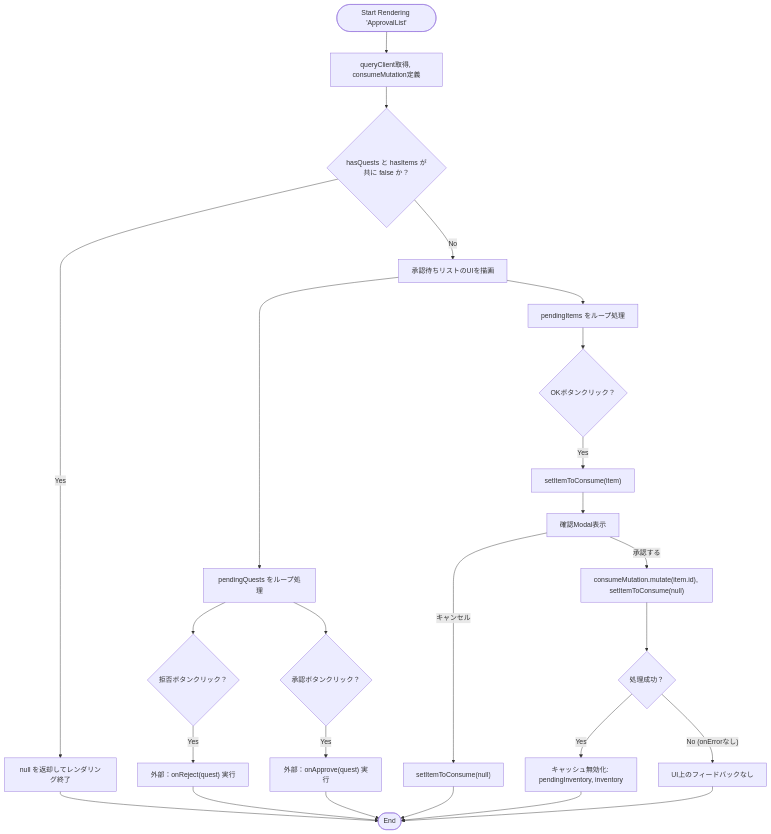
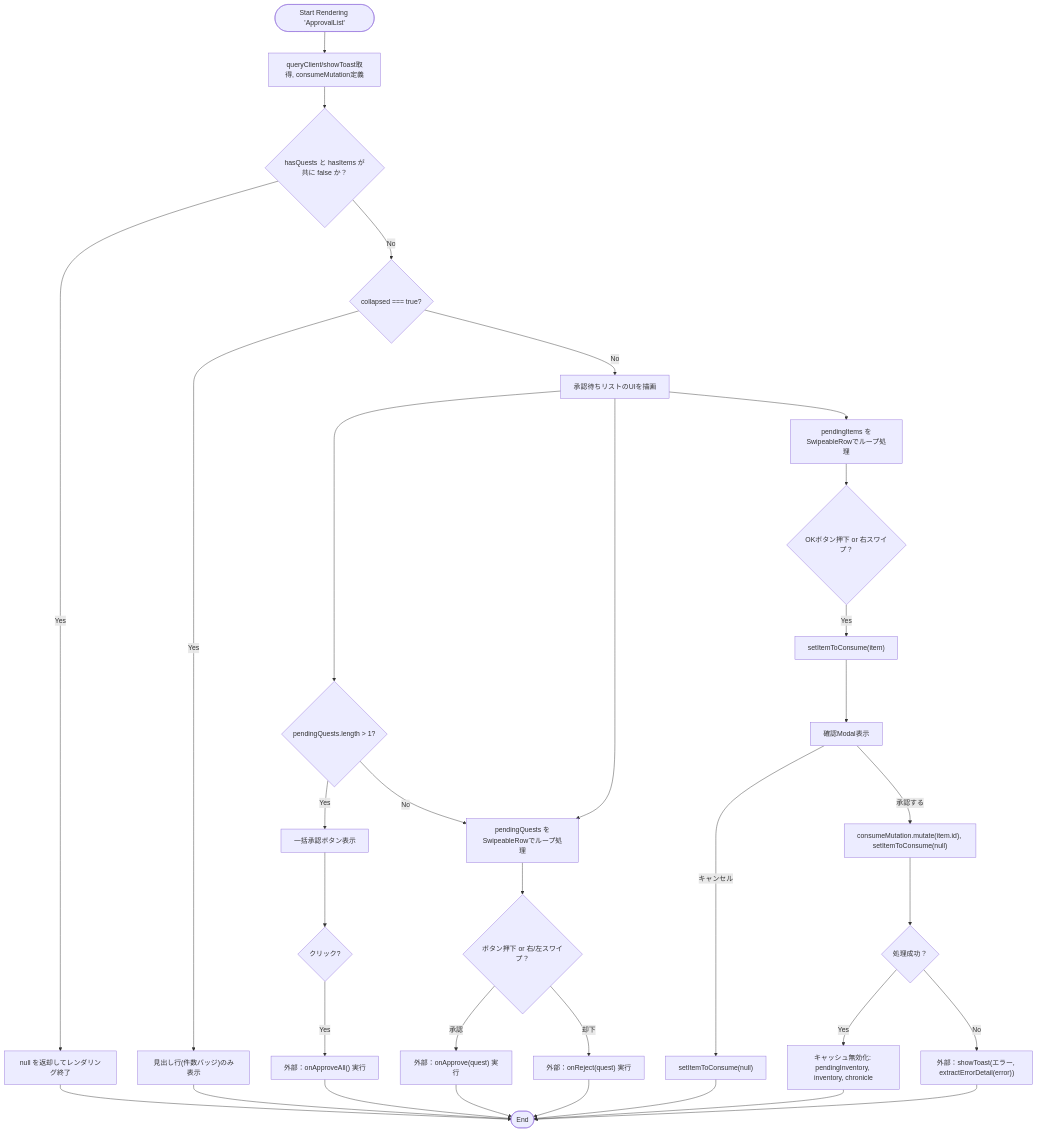
One commit to mmtigers/my_python_project changed the first of 2 diagrams in docs/specifications/family-quest/src/features/quest/components/ApprovalList.md. Above: the diagram before and after it, drawn with Mermaid. The commit also changed other lines of this file and 6 other files, not shown here.

````diff
--- a/docs/specifications/family-quest/src/features/quest/components/ApprovalList.md
+++ b/docs/specifications/family-quest/src/features/quest/components/ApprovalList.md
@@ -102,26 +135,32 @@
 ```mermaid
 flowchart TD
-    Start(["Start Rendering 'ApprovalList'"]) --> Init["queryClient取得, consumeMutation定義"]
+    Start(["Start Rendering 'ApprovalList'"]) --> Init["queryClient/showToast取得, consumeMutation定義"]
     Init --> CheckEmpty{"hasQuests と hasItems が共に false か？"}
 
     CheckEmpty -->|"Yes"| ReturnNull["null を返却してレンダリング終了"] --> End(["End"])
-    CheckEmpty -->|"No"| RenderUI["承認待ちリストのUIを描画"]
+    CheckEmpty -->|"No"| ToggleCheck{"collapsed === true?"}
+    ToggleCheck -->|"Yes"| HeaderOnly["見出し行(件数バッジ)のみ表示"] --> End
+    ToggleCheck -->|"No"| RenderUI["承認待ちリストのUIを描画"]
 
-    RenderUI --> QuestList["pendingQuests をループ処理"]
-    QuestList --> QuestReject{"拒否ボタンクリック？"}
-    QuestReject -->|"Yes"| CallOnReject["外部：onReject(quest) 実行"] --> End
-    QuestList --> QuestApprove{"承認ボタンクリック？"}
-    QuestApprove -->|"Yes"| CallOnApprove["外部：onApprove(quest) 実行"] --> End
+    RenderUI --> CheckMulti{"pendingQuests.length > 1?"}
+    CheckMulti -- Yes --> ApproveAllBtn["一括承認ボタン表示"]
+    ApproveAllBtn --> ApproveAllClick{"クリック?"}
+    ApproveAllClick -- Yes --> CallOnApproveAll["外部：onApproveAll() 実行"] --> End
+    CheckMulti -- No --> QuestList
 
-    RenderUI --> ItemList["pendingItems をループ処理"]
-    ItemList --> ItemOK{"OKボタンクリック？"}
-    ItemOK -->|"Yes"| SetItemToConsume["setItemToConsume(item)"]
+    RenderUI --> QuestList["pendingQuests をSwipeableRowでループ処理"]
+    QuestList --> QuestGesture{"ボタン押下 or 右/左スワイプ？"}
+    QuestGesture -- 承認 --> CallOnApprove["外部：onApprove(quest) 実行"] --> End
+    QuestGesture -- 却下 --> CallOnReject["外部：onReject(quest) 実行"] --> End
+
+    RenderUI --> ItemList["pendingItems をSwipeableRowでループ処理"]
+    ItemList --> ItemGesture{"OKボタン押下 or 右スワイプ？"}
+    ItemGesture -->|"Yes"| SetItemToConsume["setItemToConsume(item)"]
     SetItemToConsume --> ConfirmModal["確認Modal表示"]
     ConfirmModal -->|"承認する"| MutateItem["consumeMutation.mutate(item.id), setItemToConsume(null)"]
     ConfirmModal -->|"キャンセル"| CloseModal["setItemToConsume(null)"] --> End
 
     MutateItem --> MutateSuccess{"処理成功？"}
-    MutateSuccess -->|"Yes"| InvalidateQueries["キャッシュ無効化: pendingInventory, inventory"] --> End
-    MutateSuccess -->|"No (onErrorなし)"| NoFeedback["UI上のフィードバックなし"] --> End
-
+    MutateSuccess -->|"Yes"| InvalidateQueries["キャッシュ無効化: pendingInventory, inventory, chronicle"] --> End
+    MutateSuccess -->|"No"| ShowErrorToast["外部：showToast(エラー, extractErrorDetail(error))"] --> End
 ```
````
